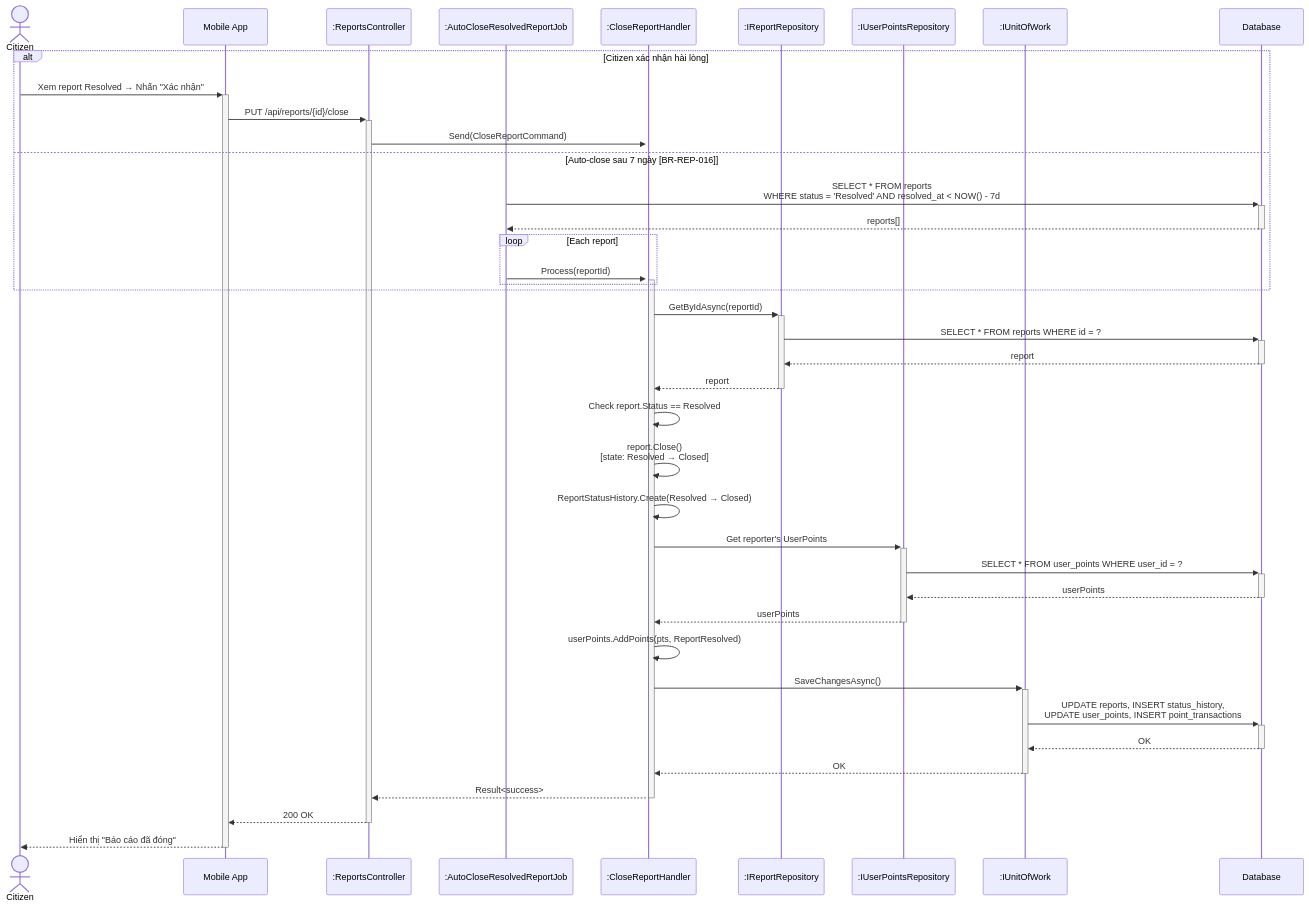
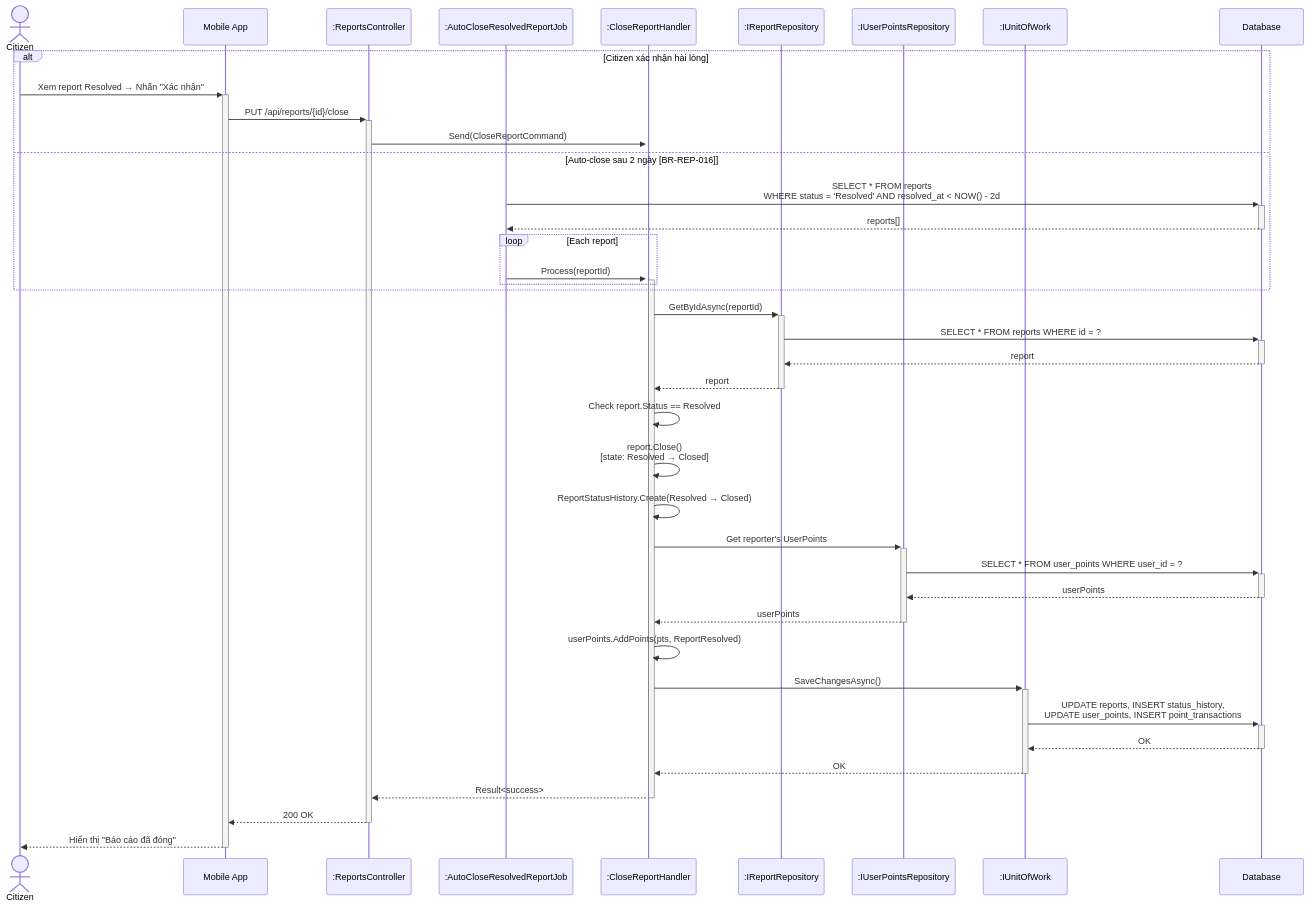
Before and after one commit to Capstonne-Project/greenlens-service: the ninth of 34 diagrams in docs/BusinessRule/SEQUENCE_DIAGRAMS.md, drawn with Mermaid. The commit also changed other lines of this file and 2 other files, not shown here.

First line of the commit message:
docs(business-rule): align diagrams and BR matrix with report workflow changes

````diff
--- a/docs/BusinessRule/SEQUENCE_DIAGRAMS.md
+++ b/docs/BusinessRule/SEQUENCE_DIAGRAMS.md
@@ -553,48 +554,48 @@
 ```mermaid
 sequenceDiagram
     actor Citizen
     participant App as Mobile App
     participant Ctrl as :ReportsController
     participant Job as :AutoCloseResolvedReportJob
     participant Hdl as :CloseReportHandler
     participant RptRepo as :IReportRepository
     participant PtsRepo as :IUserPointsRepository
     participant UoW as :IUnitOfWork
     participant DB as Database
 
     alt Citizen xác nhận hài lòng
         Citizen->>+App: Xem report Resolved → Nhấn "Xác nhận"
         App->>+Ctrl: PUT /api/reports/{id}/close
         Ctrl->>+Hdl: Send(CloseReportCommand)
-    else Auto-close sau 7 ngày [BR-REP-016]
-        Job->>+DB: SELECT * FROM reports<br/>WHERE status = 'Resolved' AND resolved_at < NOW() - 7d
+    else Auto-close sau 2 ngày [BR-REP-016]
+        Job->>+DB: SELECT * FROM reports<br/>WHERE status = 'Resolved' AND resolved_at < NOW() - 2d
         DB-->>-Job: reports[]
         loop Each report
             Job->>+Hdl: Process(reportId)
         end
     end
 
     Hdl->>+RptRepo: GetByIdAsync(reportId)
     RptRepo->>+DB: SELECT * FROM reports WHERE id = ?
     DB-->>-RptRepo: report
     RptRepo-->>-Hdl: report
     Hdl->>Hdl: Check report.Status == Resolved
 
     Hdl->>Hdl: report.Close()<br/>[state: Resolved → Closed]
     Hdl->>Hdl: ReportStatusHistory.Create(Resolved → Closed)
 
     Hdl->>+PtsRepo: Get reporter's UserPoints
     PtsRepo->>+DB: SELECT * FROM user_points WHERE user_id = ?
     DB-->>-PtsRepo: userPoints
     PtsRepo-->>-Hdl: userPoints
     Hdl->>Hdl: userPoints.AddPoints(pts, ReportResolved)
 
     Hdl->>+UoW: SaveChangesAsync()
     UoW->>+DB: UPDATE reports, INSERT status_history,<br/>UPDATE user_points, INSERT point_transactions
     DB-->>-UoW: OK
     UoW-->>-Hdl: OK
 
     Hdl-->>-Ctrl: Result<success>
     Ctrl-->>-App: 200 OK
     App-->>-Citizen: Hiển thị "Báo cáo đã đóng"
 ```
````
